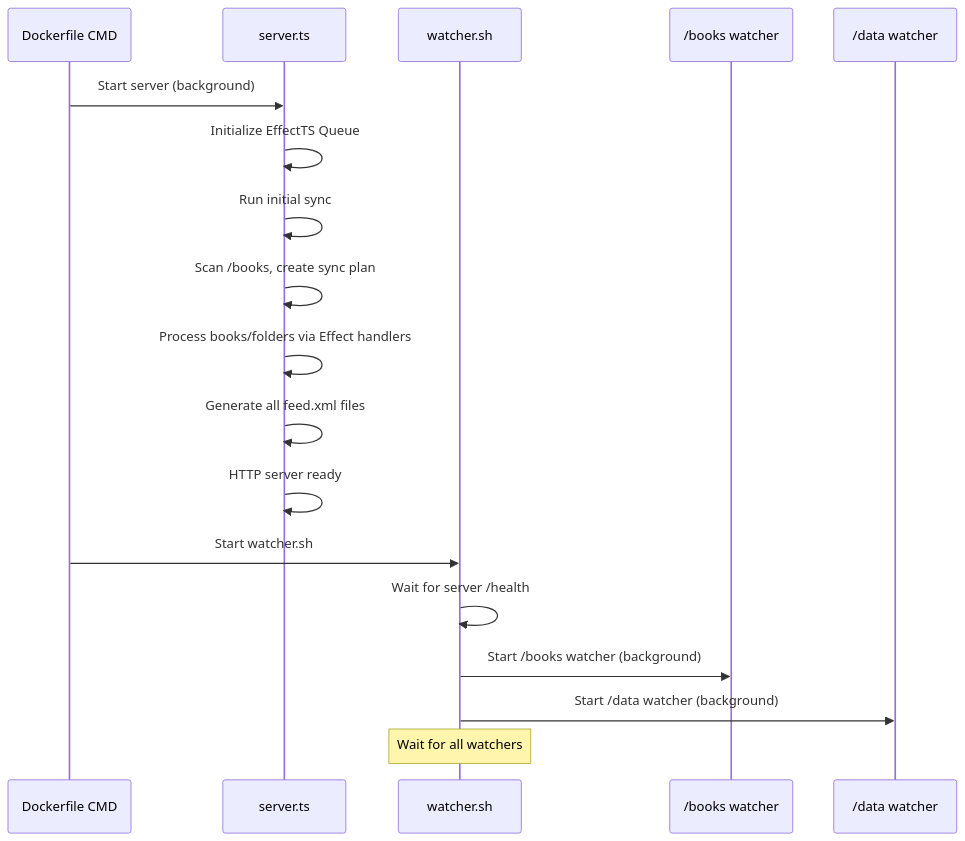
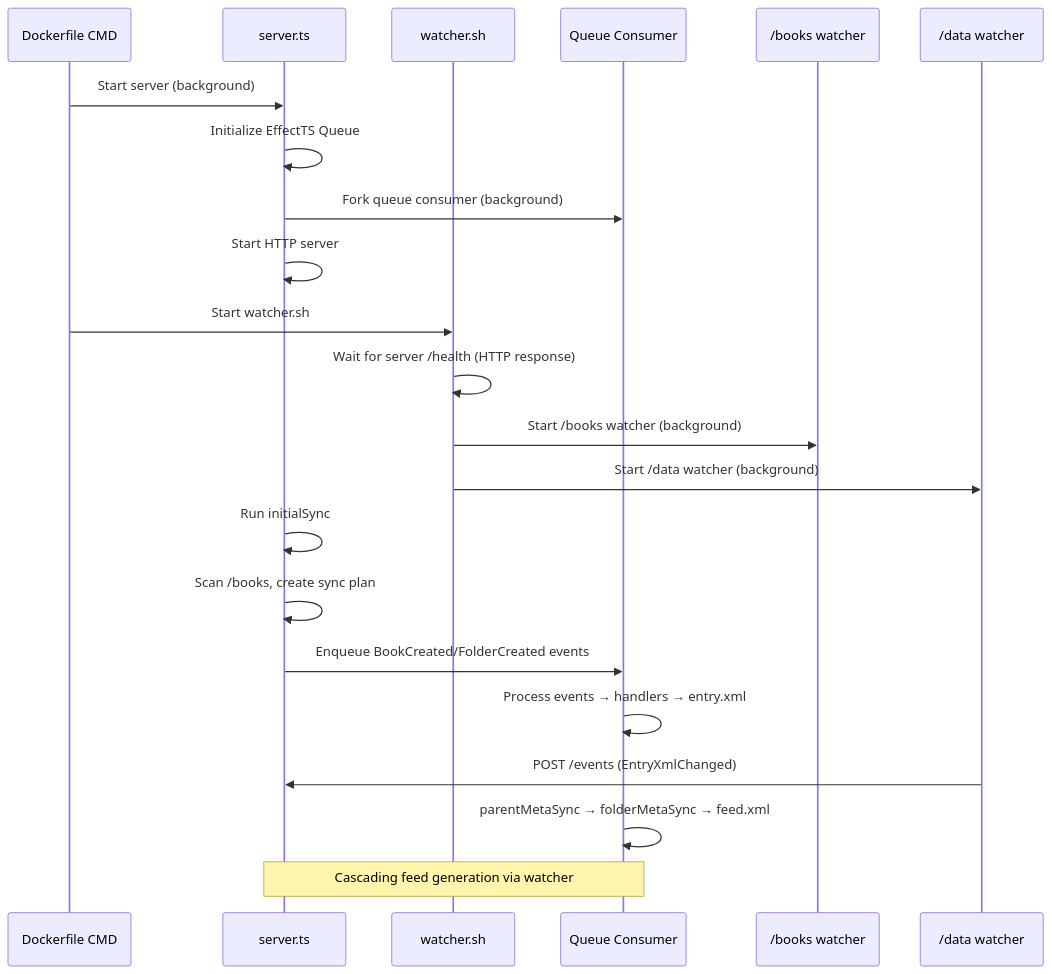
Before and after one commit to Seigiard/opds-generator: the third of 3 diagrams in ARCHITECTURE.md, drawn with Mermaid. The commit also changed other lines of this file and 2 other files, not shown here.

Commit message:
Update docs for queue-based initialSync architecture

````diff
--- a/ARCHITECTURE.md
+++ b/ARCHITECTURE.md
@@ -203,23 +205,28 @@
 ```mermaid
 sequenceDiagram
     participant D as Dockerfile CMD
     participant S as server.ts
     participant W as watcher.sh
+    participant Q as Queue Consumer
     participant BW as /books watcher
     participant DW as /data watcher
 
     D->>S: Start server (background)
     S->>S: Initialize EffectTS Queue
-    S->>S: Run initial sync
-    S->>S: Scan /books, create sync plan
-    S->>S: Process books/folders via Effect handlers
-    S->>S: Generate all feed.xml files
-    S->>S: HTTP server ready
+    S->>Q: Fork queue consumer (background)
+    S->>S: Start HTTP server
 
     D->>W: Start watcher.sh
-    W->>W: Wait for server /health
+    W->>W: Wait for server /health (HTTP response)
     W->>BW: Start /books watcher (background)
     W->>DW: Start /data watcher (background)
 
-    Note over W: Wait for all watchers
+    S->>S: Run initialSync
+    S->>S: Scan /books, create sync plan
+    S->>Q: Enqueue BookCreated/FolderCreated events
+    Q->>Q: Process events → handlers → entry.xml
+    DW->>S: POST /events (EntryXmlChanged)
+    Q->>Q: parentMetaSync → folderMetaSync → feed.xml
+
+    Note over S,Q: Cascading feed generation via watcher
 ```
````
